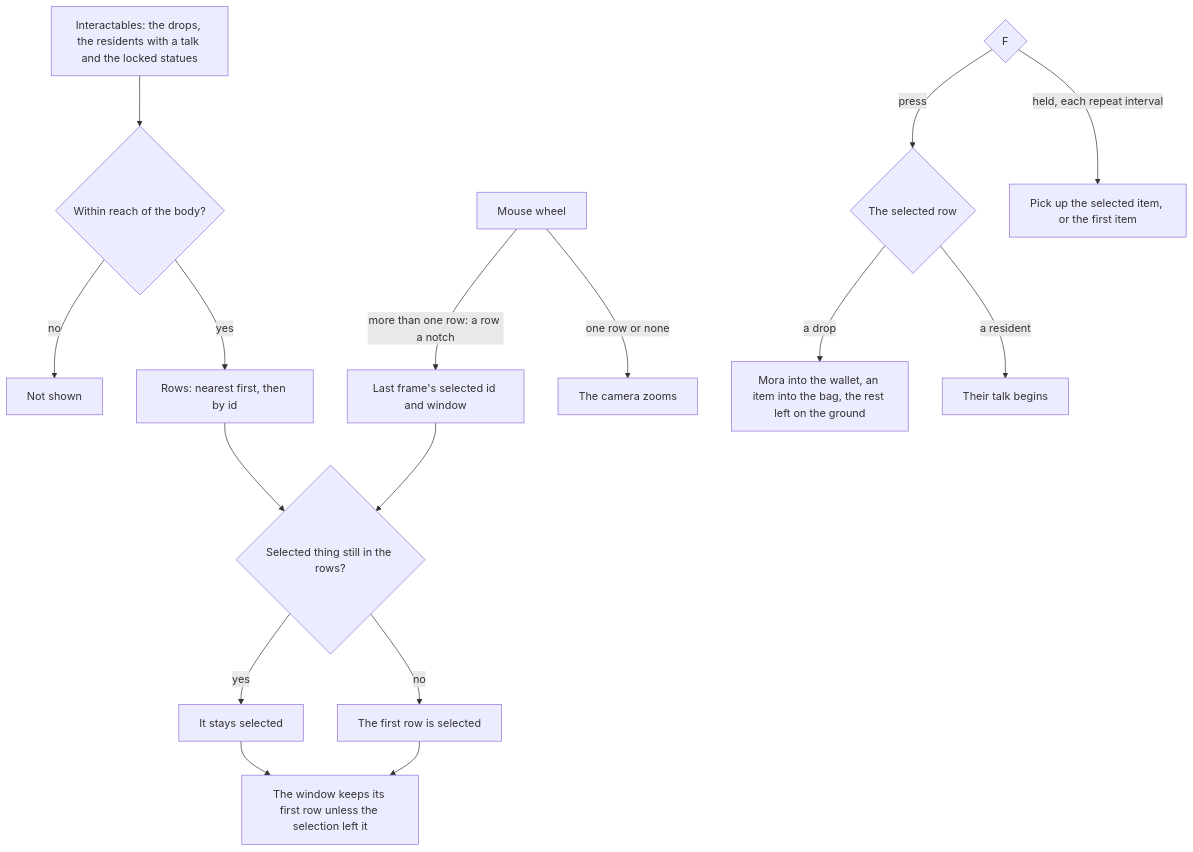
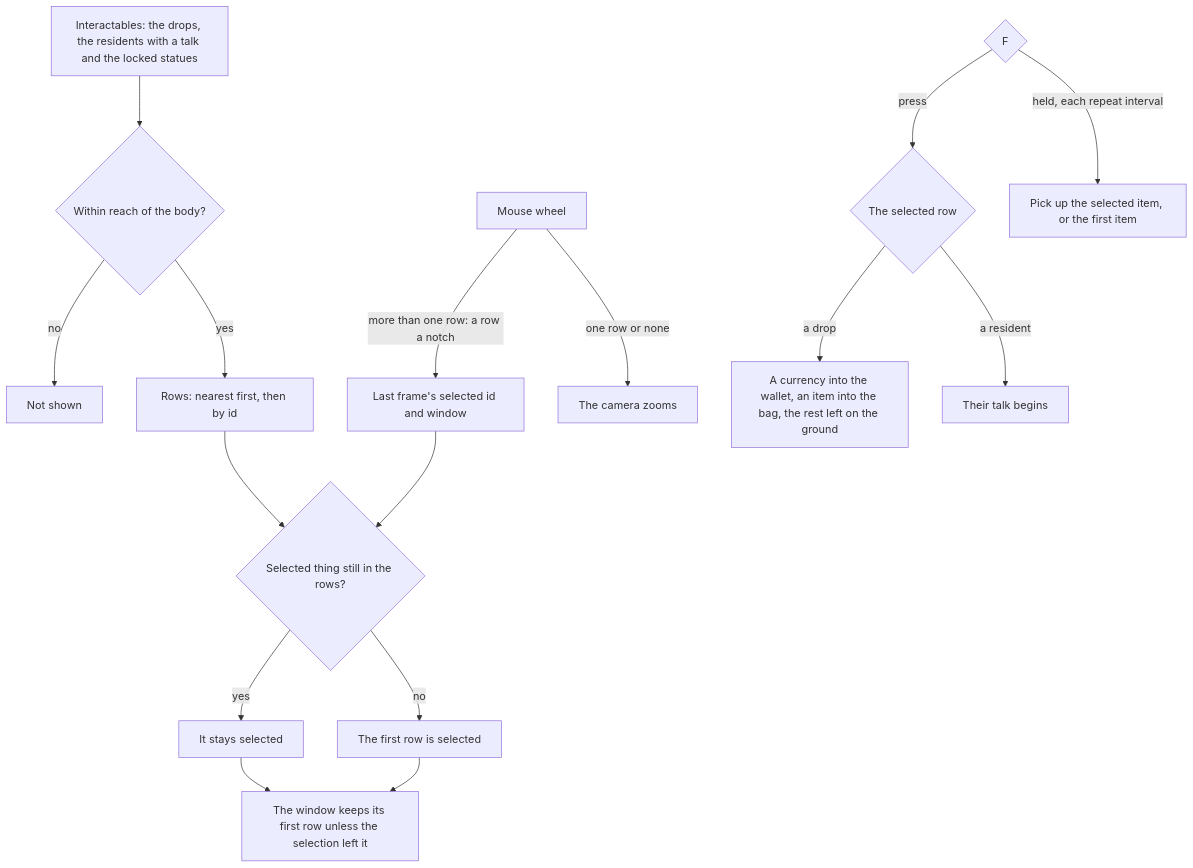
One commit to Esposter/Esposter changed the diagram in apps/web/content/docs/genshin/interaction.md. Above: the diagram before and after it, drawn with Mermaid. The commit also changed other lines of this file and 11 other files, not shown here.

````diff
--- a/apps/web/content/docs/genshin/interaction.md
+++ b/apps/web/content/docs/genshin/interaction.md
@@ -12,18 +12,18 @@
 ```mermaid
 flowchart TD
   T["Interactables: the drops, the residents with a talk and the locked statues"] --> R{"Within reach of the body?"}
   R -->|"no"| X["Not shown"]
   R -->|"yes"| O["Rows: nearest first, then by id"]
   S["Last frame's selected id and window"] --> K{"Selected thing still in the rows?"}
   O --> K
   K -->|"yes"| SEL["It stays selected"]
   K -->|"no"| FIRST["The first row is selected"]
   SEL --> WIN["The window keeps its first row unless the selection left it"]
   FIRST --> WIN
   W["Mouse wheel"] -->|"more than one row: a row a notch"| S
   W -->|"one row or none"| CAM["The camera zooms"]
   F{"F"} -->|"press"| ACT{"The selected row"}
-  ACT -->|"a drop"| PICK["Mora into the wallet, an item into the bag, the rest left on the ground"]
+  ACT -->|"a drop"| PICK["A currency into the wallet, an item into the bag, the rest left on the ground"]
   ACT -->|"a resident"| TALK["Their talk begins"]
   F -->|"held, each repeat interval"| REP["Pick up the selected item, or the first item"]
 ```
````
